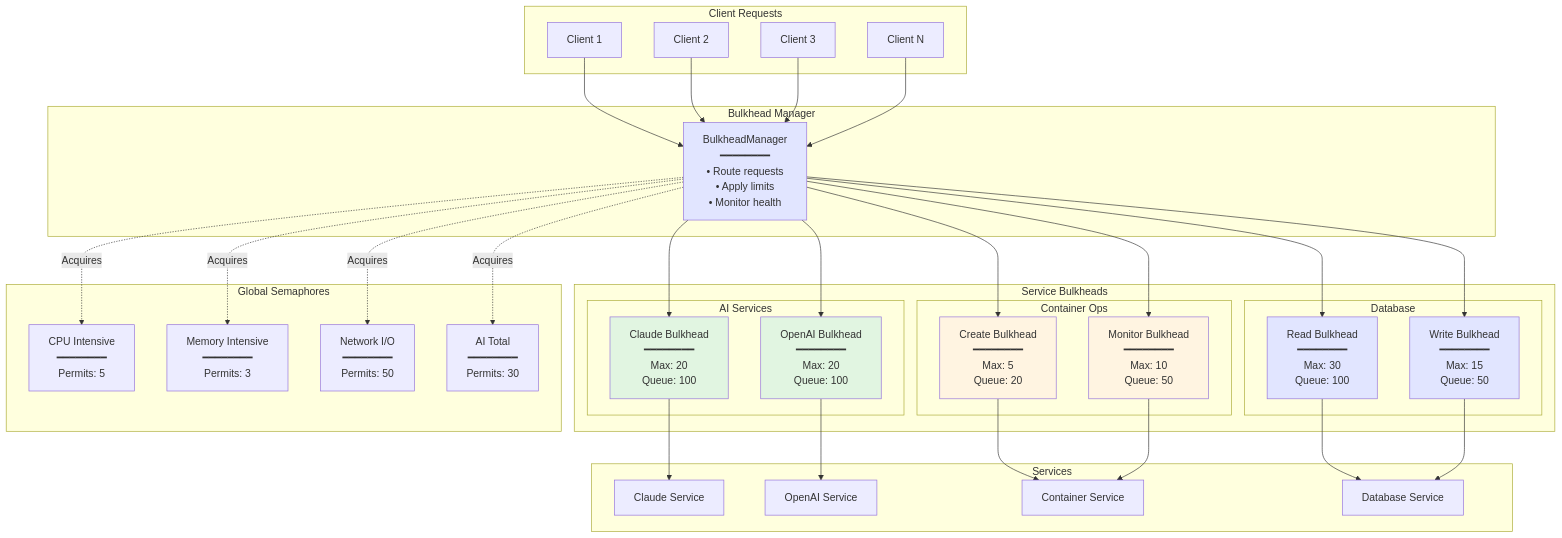
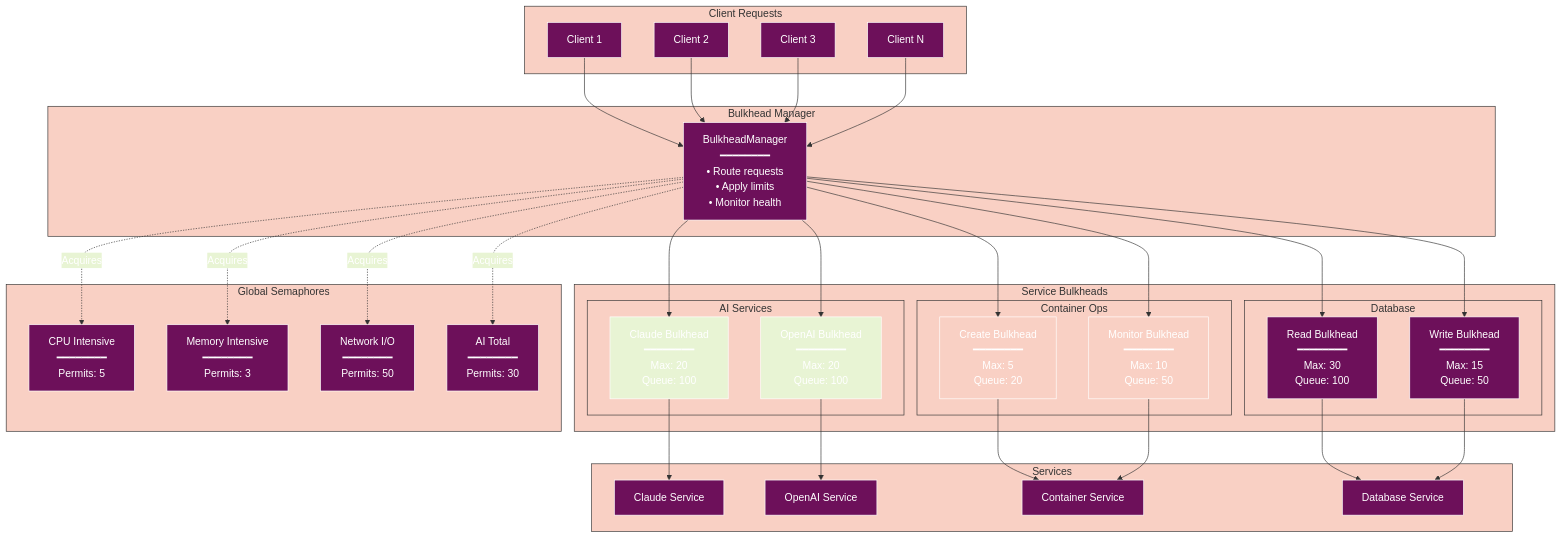
Before and after one commit to radicalkjax/Athena: the first of 4 diagrams in docs/performance/BULKHEAD_PATTERN.md, drawn with Mermaid. The commit also changed other lines of this file and 27 other files, not shown here.

Commit message:
Introduction of expo package manager. Updated docs to reflect changes. Unified mermaid theme for docs.

````diff
--- a/docs/performance/BULKHEAD_PATTERN.md
+++ b/docs/performance/BULKHEAD_PATTERN.md
@@ -11,60 +11,81 @@
 ```mermaid
+%%{init: {
+  'theme': 'base',
+  'themeVariables': {
+    'primaryColor': '#6d105a',
+    'primaryTextColor': '#ffffff',
+    'primaryBorderColor': '#ffffff',
+    'lineColor': '#333333',
+    'secondaryColor': '#e8f4d4',
+    'secondaryTextColor': '#333333',
+    'secondaryBorderColor': '#333333',
+    'tertiaryColor': '#f9d0c4',
+    'tertiaryTextColor': '#333333',
+    'tertiaryBorderColor': '#333333',
+    'background': '#ffffff',
+    'mainBkg': '#6d105a',
+    'secondBkg': '#e8f4d4',
+    'tertiaryBkg': '#f9d0c4',
+    'textColor': '#333333',
+    'fontFamily': 'Arial, sans-serif'
+  }
+}}%%
 graph TB
     subgraph "Client Requests"
         C1[Client 1]
         C2[Client 2]
         C3[Client 3]
         C4[Client N]
     end
     
     subgraph "Bulkhead Manager"
         BM[BulkheadManager<br/>━━━━━━━━<br/>• Route requests<br/>• Apply limits<br/>• Monitor health]
     end
     
     subgraph "Service Bulkheads"
         subgraph "AI Services"
             B1[Claude Bulkhead<br/>━━━━━━━━<br/>Max: 20<br/>Queue: 100]
             B2[OpenAI Bulkhead<br/>━━━━━━━━<br/>Max: 20<br/>Queue: 100]
         end
         
         subgraph "Container Ops"
             B3[Create Bulkhead<br/>━━━━━━━━<br/>Max: 5<br/>Queue: 20]
             B4[Monitor Bulkhead<br/>━━━━━━━━<br/>Max: 10<br/>Queue: 50]
         end
         
         subgraph "Database"
             B5[Read Bulkhead<br/>━━━━━━━━<br/>Max: 30<br/>Queue: 100]
             B6[Write Bulkhead<br/>━━━━━━━━<br/>Max: 15<br/>Queue: 50]
         end
     end
     
     subgraph "Global Semaphores"
         S1[CPU Intensive<br/>━━━━━━━━<br/>Permits: 5]
         S2[Memory Intensive<br/>━━━━━━━━<br/>Permits: 3]
         S3[Network I/O<br/>━━━━━━━━<br/>Permits: 50]
         S4[AI Total<br/>━━━━━━━━<br/>Permits: 30]
     end
     
     subgraph "Services"
         SVC1[Claude Service]
         SVC2[OpenAI Service]
         SVC3[Container Service]
         SVC4[Database Service]
     end
     
     C1 & C2 & C3 & C4 --> BM
     BM --> B1 & B2 & B3 & B4 & B5 & B6
     BM -.->|Acquires| S1 & S2 & S3 & S4
     B1 --> SVC1
     B2 --> SVC2
     B3 & B4 --> SVC3
     B5 & B6 --> SVC4
     
-    style BM fill:#e1e5ff
-    style B1 fill:#e1f5e1
-    style B2 fill:#e1f5e1
-    style B3 fill:#fff4e1
-    style B4 fill:#fff4e1
-    style B5 fill:#e1e5ff
-    style B6 fill:#e1e5ff
+    style BM fill:#6d105a
+    style B1 fill:#e8f4d4
+    style B2 fill:#e8f4d4
+    style B3 fill:#f9d0c4
+    style B4 fill:#f9d0c4
+    style B5 fill:#6d105a
+    style B6 fill:#6d105a
 ```
````
